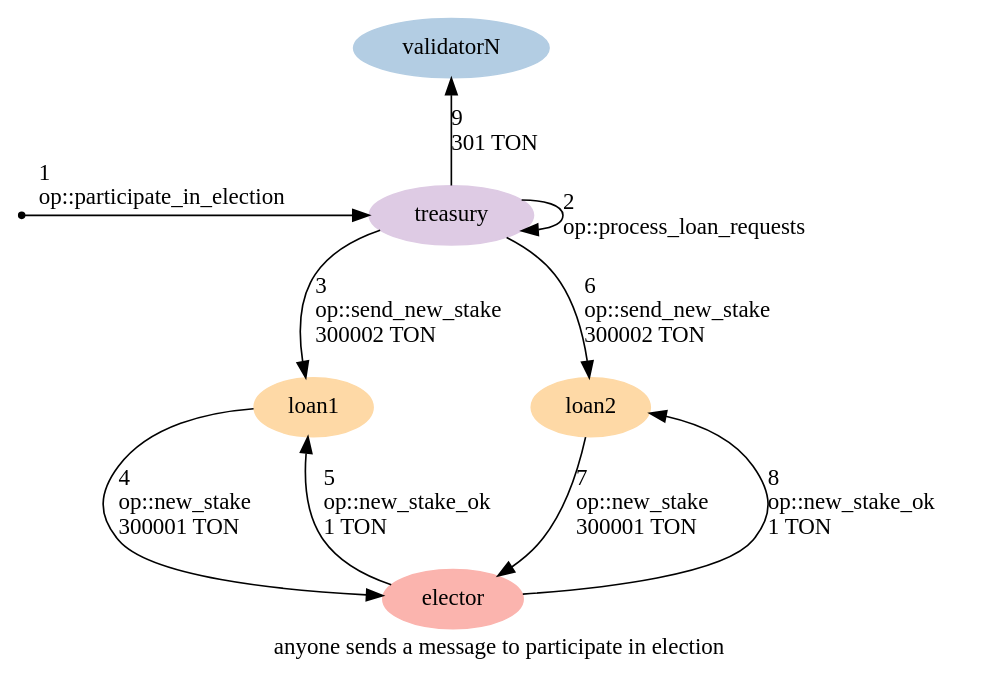
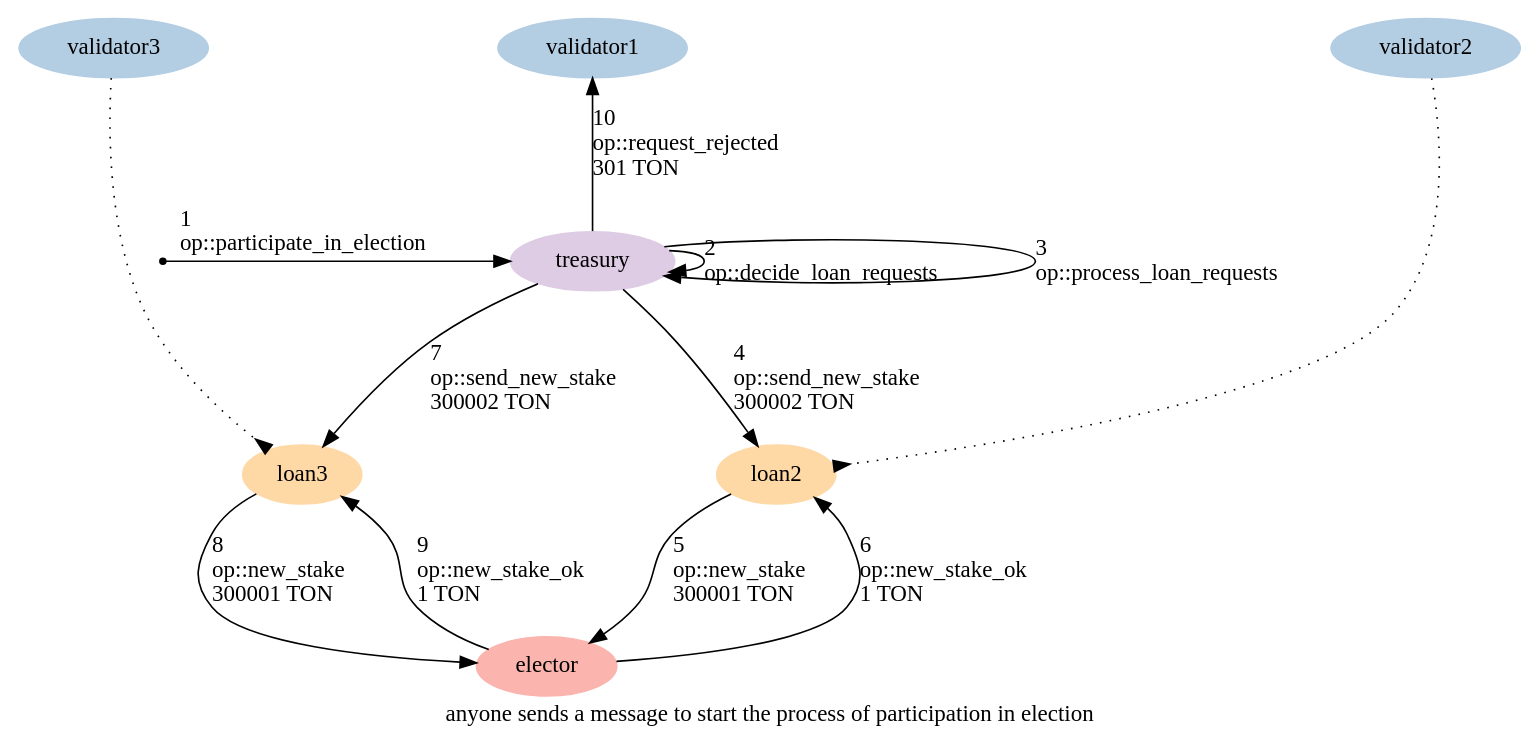
Before and after one commit to HipoFinance/contract: the diagram in graphs/07-participate-in-election.dot, drawn with Graphviz. The commit also changed 12 other files, not shown here.

Commit message:
Update the process of deciding on loan requests

```diff
--- a/graphs/07-participate-in-election.dot
+++ b/graphs/07-participate-in-election.dot
@@ -1,27 +1,30 @@
 digraph {
-    label="anyone sends a message to participate in election"
+    label="anyone sends a message to start the process of participation in election"
     node [ colorscheme=pastel19 style=filled ]
 
     /* Entities */
     external [ shape=point ]
     treasury [ color=4 ]
-    loan1, loan2 [ color=5 ]
+    loan2, loan3 [ color=5 ]
     elector [ color=1 ]
-    validatorN [ color=2 ]
+    validator1, validator2, validator3 [ color=2 ]
 
     /* Relationships */
+    validator2 -> loan2 [ arrowhead=inv style=dotted ]
+    validator3 -> loan3 [ arrowhead=inv style=dotted ]
     external -> treasury [ label="1\l op::participate_in_election\l" ]
-    treasury -> treasury [ label="2\l op::process_loan_requests\l" ]
-    treasury -> loan1 [ label="3\l op::send_new_stake\l 300002 TON\l" ]
-    loan1 -> elector [ label="4\l op::new_stake\l 300001 TON\l" ]
-    elector -> loan1 [ label="5\l op::new_stake_ok\l 1 TON\l" ]
-    treasury -> loan2 [ label="6\l op::send_new_stake\l 300002 TON\l" ]
-    loan2 -> elector [ label="7\l op::new_stake\l 300001 TON\l" ]
-    elector -> loan2 [ label="8\l op::new_stake_ok\l 1 TON\l" ]
-    treasury -> validatorN [ label="9\l 301 TON\l" ]
+    treasury -> treasury [ label="\l2\l op::decide_loan_requests    \l\l" ]
+    treasury -> treasury [ label="\l3\l op::process_loan_requests\l\l" ]
+    treasury -> loan2 [ label="4\l op::send_new_stake\l 300002 TON\l" ]
+    loan2 -> elector [ label="5\l op::new_stake\l 300001 TON\l" ]
+    elector -> loan2 [ label="6\l op::new_stake_ok\l 1 TON\l" ]
+    treasury -> loan3 [ label="7\l op::send_new_stake\l 300002 TON\l" ]
+    loan3 -> elector [ label="8\l op::new_stake\l 300001 TON\l" ]
+    elector -> loan3 [ label="9\l op::new_stake_ok\l 1 TON\l" ]
+    treasury -> validator1 [ label="10\l op::request_rejected\l 301 TON\l" ]
 
     /* Ranks */
-    { rank=min validatorN }
+    { rank=min validator1 validator2 validator3 }
     { rank=same external treasury }
     { rank=max elector }
 }
```
